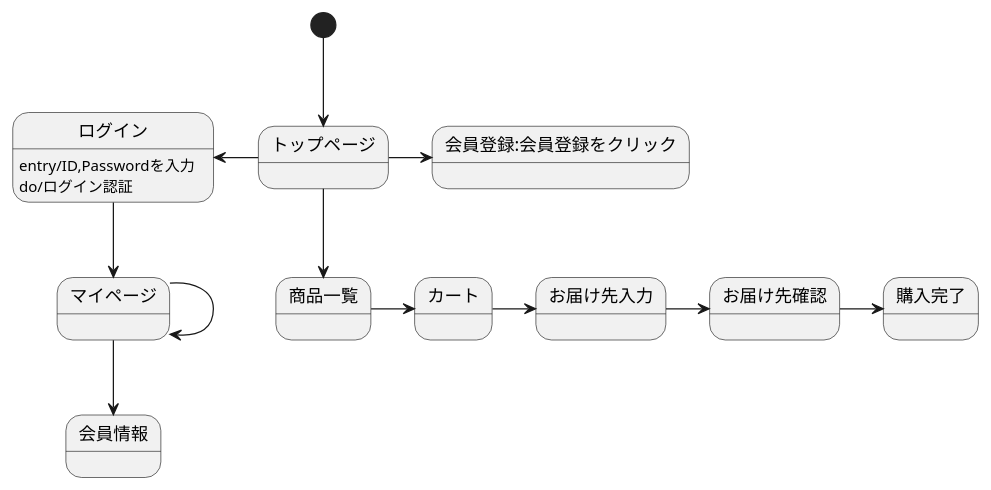
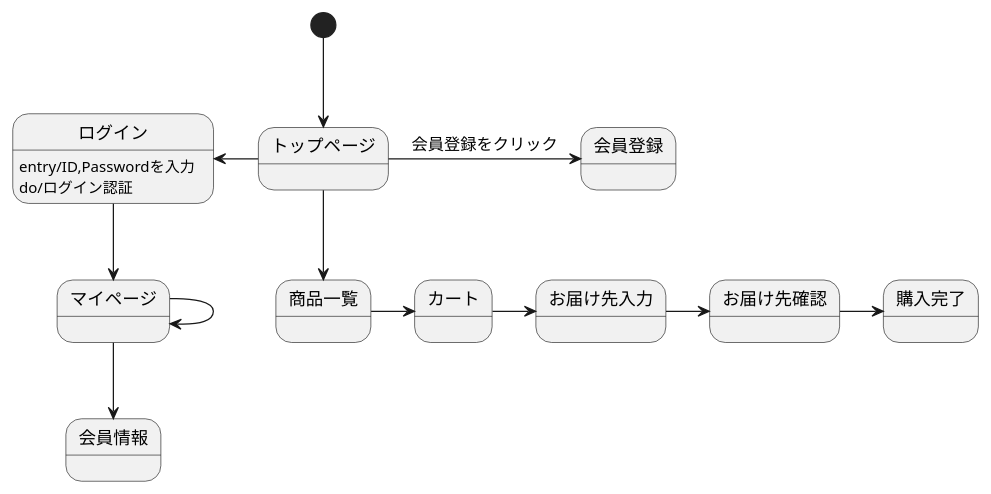
Before and after one commit to Aso2001163/2021sys-design-2: the diagram in stm01.md, drawn with PlantUML.

````diff
--- a/stm01.md
+++ b/stm01.md
@@ -1,17 +1,17 @@
 ```uml
 @startuml
 [*] --> トップページ
-トップページ -> 会員登録:会員登録をクリック
+トップページ -> 会員登録 : 会員登録をクリック
 トップページ -left-> ログイン
 ログイン -down-> マイページ
 ログイン:entry/ID,Passwordを入力
 ログイン:do/ログイン認証
 マイページ --> マイページ
 マイページ -down-> 会員情報
 トップページ --> 商品一覧
 商品一覧 -> カート
 カート -> お届け先入力
 お届け先入力 -> お届け先確認
 お届け先確認 -> 購入完了
 @enduml
 ```
````
